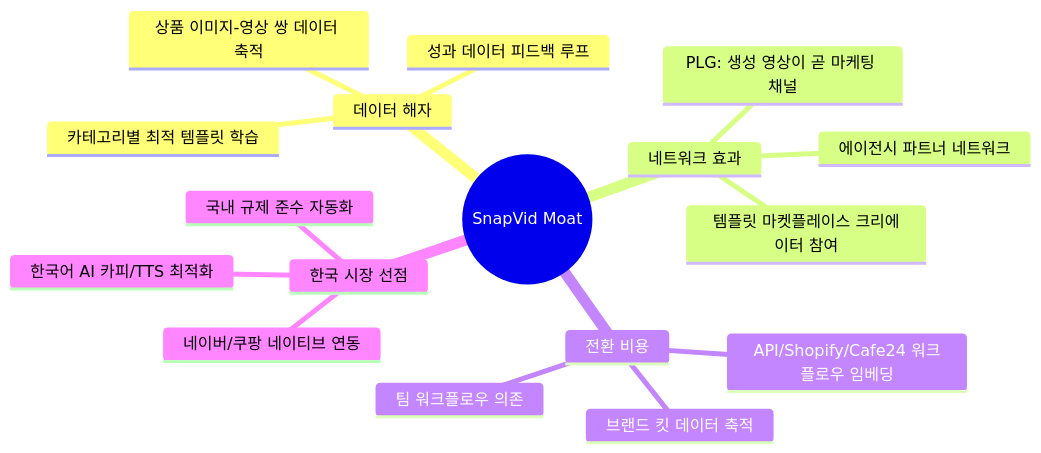
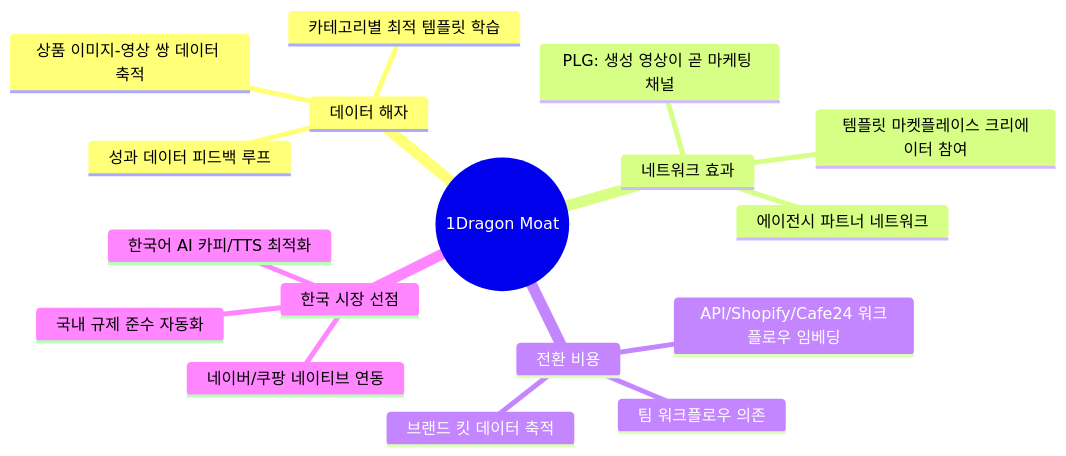
The third of 5 diagrams in docs/02-strategy/VISION.md (inchan/1dragon), drawn with Mermaid before and after one commit. The commit also changed other lines of this file and 182 other files, not shown here.

````diff
--- a/docs/02-strategy/VISION.md
+++ b/docs/02-strategy/VISION.md
@@ -166,20 +166,20 @@
 ```mermaid
 mindmap
-  root((SnapVid Moat))
+  root((1Dragon Moat))
     데이터 해자
       상품 이미지-영상 쌍 데이터 축적
       카테고리별 최적 템플릿 학습
       성과 데이터 피드백 루프
     네트워크 효과
       PLG: 생성 영상이 곧 마케팅 채널
       템플릿 마켓플레이스 크리에이터 참여
       에이전시 파트너 네트워크
     전환 비용
       API/Shopify/Cafe24 워크플로우 임베딩
       브랜드 킷 데이터 축적
       팀 워크플로우 의존
     한국 시장 선점
       네이버/쿠팡 네이티브 연동
       한국어 AI 카피/TTS 최적화
       국내 규제 준수 자동화
 ```
````
